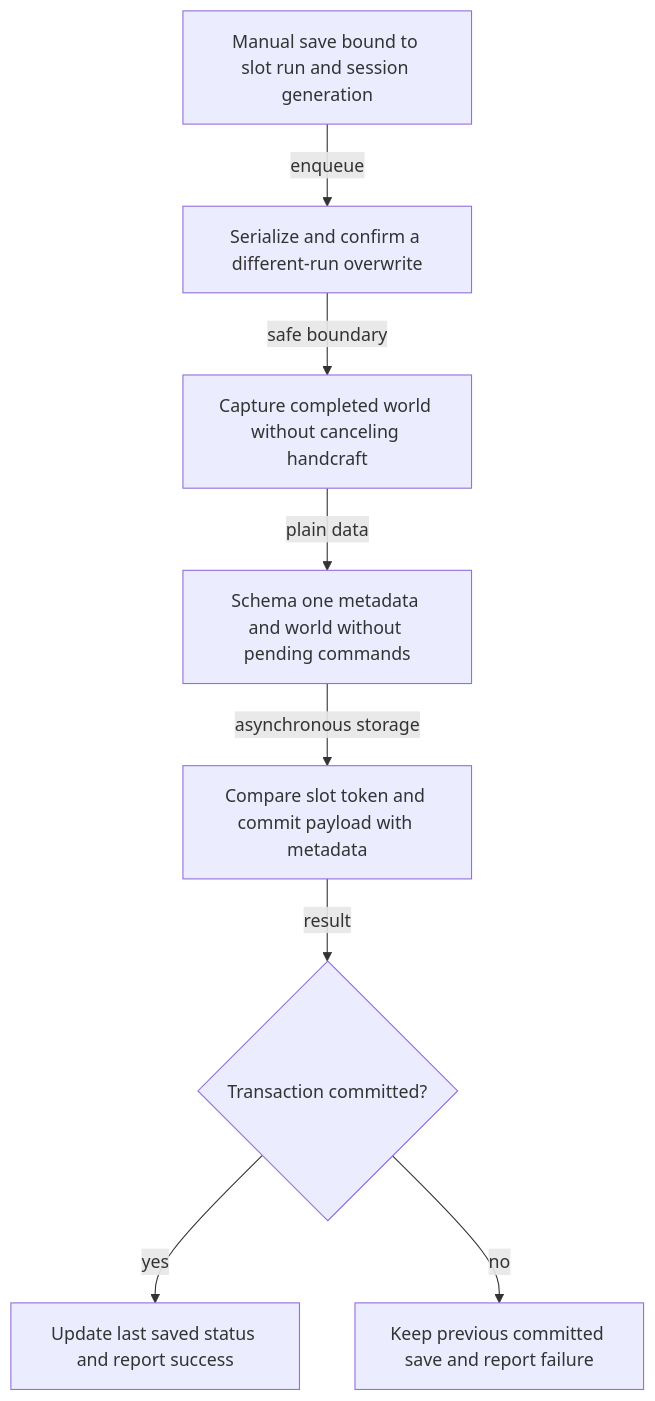
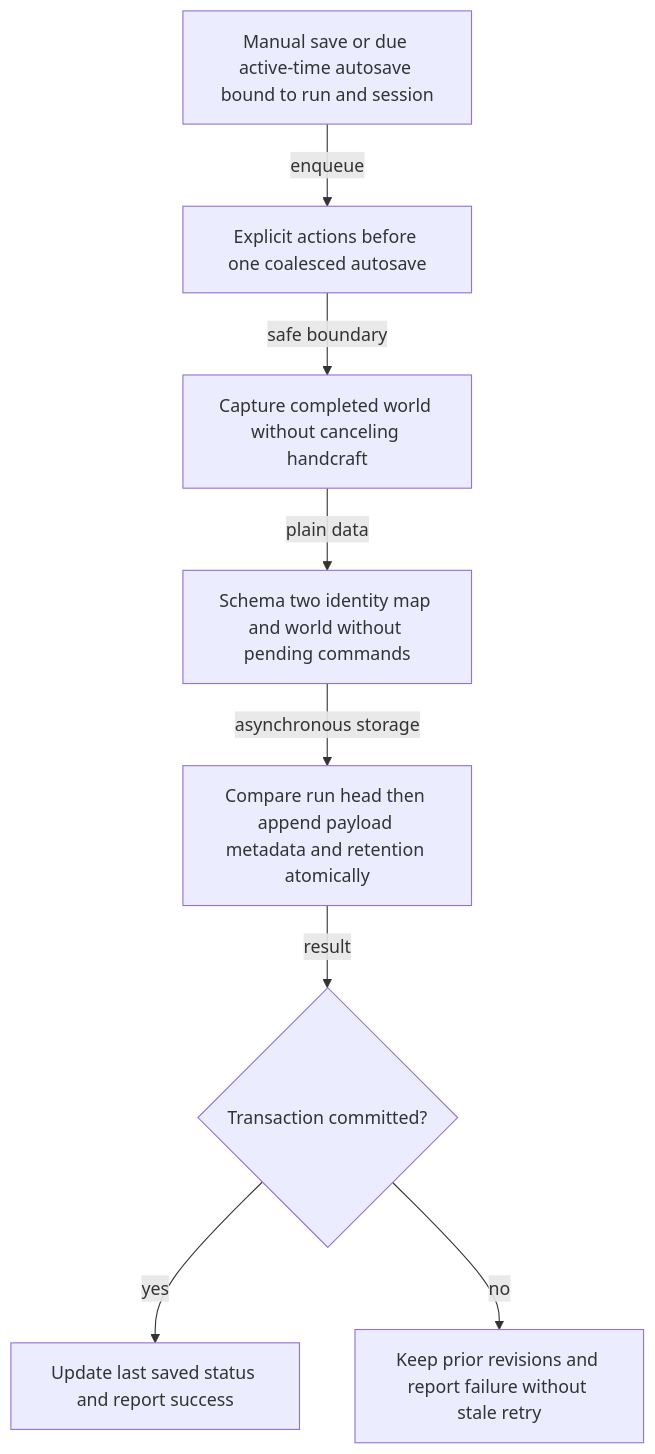
Before and after one commit to Googlproxer/Scrapworks: the third of 5 diagrams in docs/plans/README.md, drawn with Mermaid. The commit also changed other lines of this file and 46 other files, not shown here.

````diff
--- a/docs/plans/README.md
+++ b/docs/plans/README.md
@@ -219,19 +219,19 @@
 ```mermaid
 flowchart TB
-    Request[Manual save bound to slot run and session generation]
-    Queue[Serialize and confirm a different-run overwrite]
+    Request[Manual save or due active-time autosave bound to run and session]
+    Queue[Explicit actions before one coalesced autosave]
     Capture[Capture completed world without canceling handcraft]
-    Encode[Schema one metadata and world without pending commands]
-    Write[Compare slot token and commit payload with metadata]
+    Encode[Schema two identity map and world without pending commands]
+    Write[Compare run head then append payload metadata and retention atomically]
     Commit{Transaction committed?}
     Success[Update last saved status and report success]
-    Failure[Keep previous committed save and report failure]
+    Failure[Keep prior revisions and report failure without stale retry]
 
     Request -->|enqueue| Queue
     Queue -->|safe boundary| Capture
     Capture -->|plain data| Encode
     Encode -->|asynchronous storage| Write
     Write -->|result| Commit
     Commit -->|yes| Success
     Commit -->|no| Failure
 ```
````
